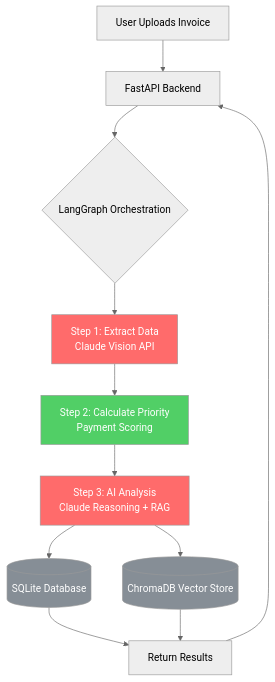
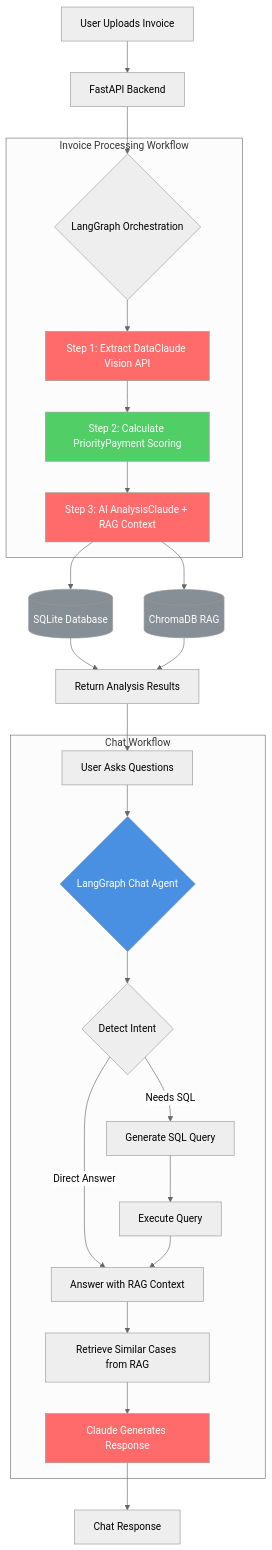
Before and after one commit to ibragimoveldor/invoice-ai-agent: the diagram in README.md, drawn with Mermaid (neutral theme). The commit also changed other lines of this file and 4 other files, not shown here.

````diff
--- a/README.md
+++ b/README.md
@@ -26,23 +26,40 @@
 ```mermaid
 flowchart TD
     A[User Uploads Invoice] --> B[FastAPI Backend]
     B --> C{LangGraph Orchestration}
     
-    C --> D[Step 1: Extract Data<br/>Claude Vision API]
-    D --> E[Step 2: Calculate Priority<br/>Payment Scoring]
-    E --> F[Step 3: AI Analysis<br/>Claude Reasoning + RAG]
+    subgraph "Invoice Processing Workflow"
+        C --> D[Step 1: Extract DataClaude Vision API]
+        D --> E[Step 2: Calculate PriorityPayment Scoring]
+        E --> F[Step 3: AI AnalysisClaude + RAG Context]
+    end
     
     F --> G[(SQLite Database)]
-    F --> H[(ChromaDB Vector Store)]
+    F --> H[(ChromaDB RAG)]
     
-    G --> I[Return Results]
+    G --> I[Return Analysis Results]
     H --> I
     
-    I --> B
+    I --> J[User Asks Questions]
+    
+    subgraph "Chat Workflow"
+        J --> K{LangGraph Chat Agent}
+        K --> L{Detect Intent}
+        L -->|Needs SQL| M[Generate SQL Query]
+        L -->|Direct Answer| N[Answer with RAG Context]
+        M --> O[Execute Query]
+        O --> N
+        N --> P[Retrieve Similar Cases from RAG]
+        P --> Q[Claude Generates Response]
+    end
+    
+    Q --> R[Chat Response]
     
     style D fill:#FF6B6B,color:#fff
     style F fill:#FF6B6B,color:#fff
+    style Q fill:#FF6B6B,color:#fff
     style E fill:#51CF66,color:#fff
     style G fill:#868E96,color:#fff
     style H fill:#868E96,color:#fff
+    style K fill:#4A90E2,color:#fff
 ```
````
